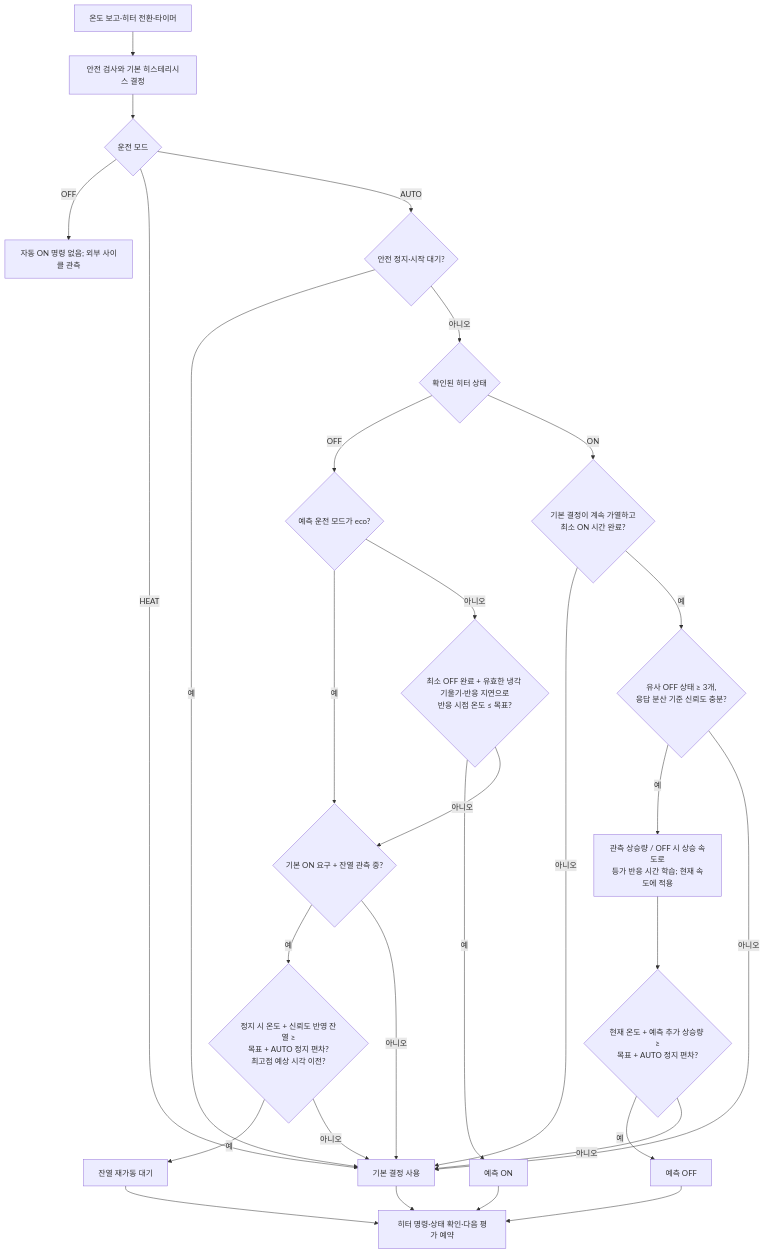
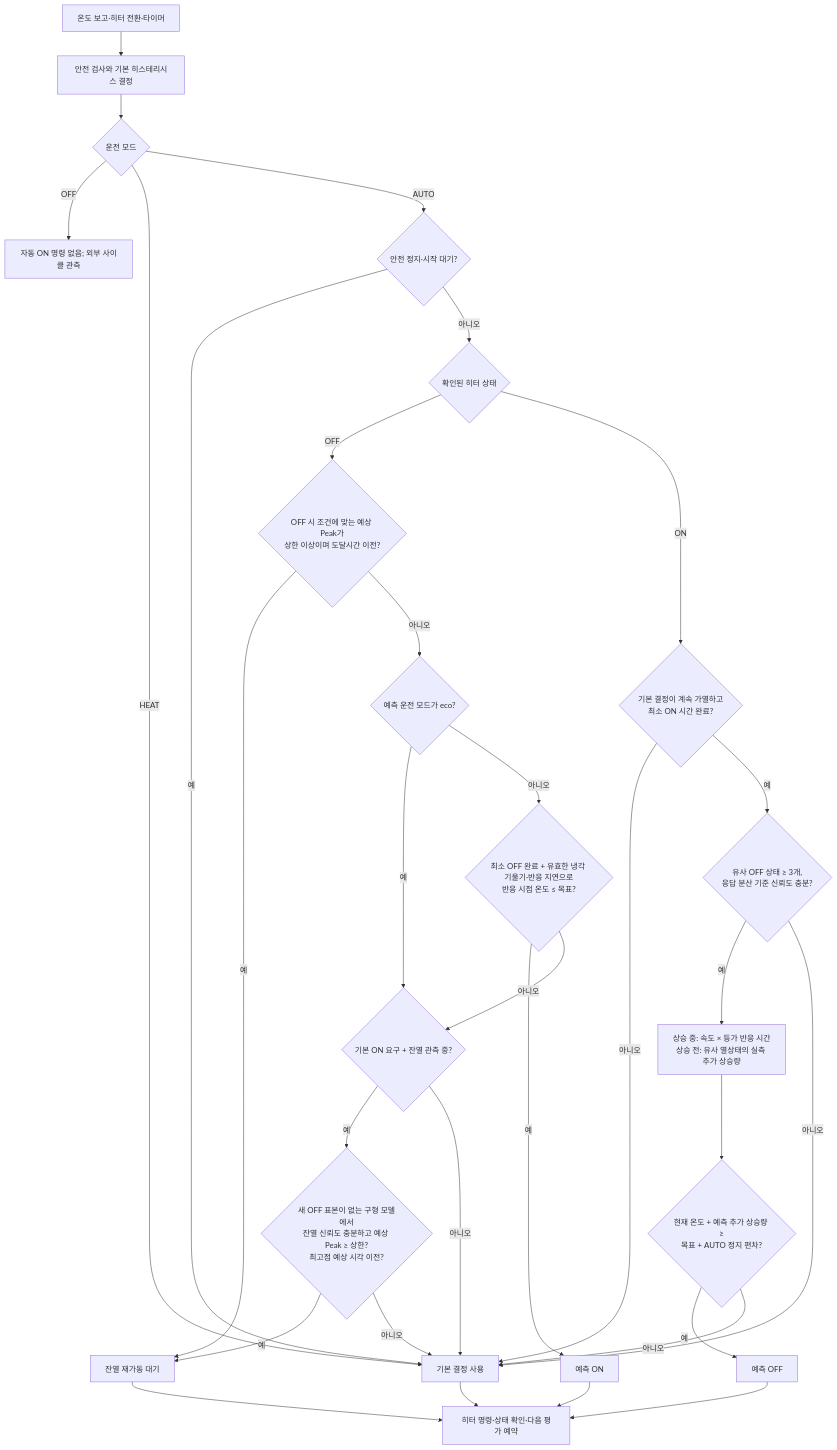
The second of 2 diagrams in docs/heating_learning_and_auto_control.md (plplaaa2/adapted_climate), drawn with Mermaid before and after one commit. The commit also changed other lines of this file and 19 other files, not shown here.

````diff
--- a/docs/heating_learning_and_auto_control.md
+++ b/docs/heating_learning_and_auto_control.md
@@ -37,31 +37,33 @@
 ```mermaid
 flowchart TD
     A["온도 보고·히터 전환·타이머"] --> B["안전 검사와 기본 히스테리시스 결정"]
     B --> C{"운전 모드"}
     C -- "OFF" --> Z["자동 ON 명령 없음; 외부 사이클 관측"]
     C -- "HEAT" --> R["기본 결정 사용"]
     C -- "AUTO" --> D{"안전 정지·시작 대기?"}
     D -- "예" --> R
     D -- "아니오" --> E{"확인된 히터 상태"}
-    E -- "OFF" --> S{"예측 운전 모드가 eco?"}
+    E -- "OFF" --> W{"OFF 시 조건에 맞는 예상 Peak가<br/>상한 이상이며 도달시간 이전?"}
+    W -- "예" --> WAIT
+    W -- "아니오" --> S{"예측 운전 모드가 eco?"}
     S -- "예" --> G
     S -- "아니오" --> F{"최소 OFF 완료 + 유효한 냉각 기울기·반응 지연으로<br/>반응 시점 온도 ≤ 목표?"}
     F -- "예" --> PON["예측 ON"]
     F -- "아니오" --> G{"기본 ON 요구 + 잔열 관측 중?"}
-    G -- "예" --> H{"정지 시 온도 + 신뢰도 반영 잔열 ≥<br/>목표 + AUTO 정지 편차?<br/>최고점 예상 시각 이전?"}
+    G -- "예" --> H{"새 OFF 표본이 없는 구형 모델에서<br/>잔열 신뢰도 충분하고 예상 Peak ≥ 상한?<br/>최고점 예상 시각 이전?"}
     H -- "예" --> WAIT["잔열 재가동 대기"]
     H -- "아니오" --> R
     G -- "아니오" --> R
     E -- "ON" --> I{"기본 결정이 계속 가열하고<br/>최소 ON 시간 완료?"}
     I -- "아니오" --> R
     I -- "예" --> J{"유사 OFF 상태 ≥ 3개,<br/>응답 분산 기준 신뢰도 충분?"}
-    J -- "예" --> K["관측 상승량 / OFF 시 상승 속도로<br/>등가 반응 시간 학습; 현재 속도에 적용"]
+    J -- "예" --> K["상승 중: 속도 × 등가 반응 시간<br/>상승 전: 유사 열상태의 실측 추가 상승량"]
     J -- "아니오" --> R
     K --> M{"현재 온도 + 예측 추가 상승량 ≥<br/>목표 + AUTO 정지 편차?"}
     M -- "예" --> POFF["예측 OFF"]
     M -- "아니오" --> R
     PON --> Q["히터 명령·상태 확인·다음 평가 예약"]
     WAIT --> Q
     POFF --> Q
     R --> Q
 ```
````
